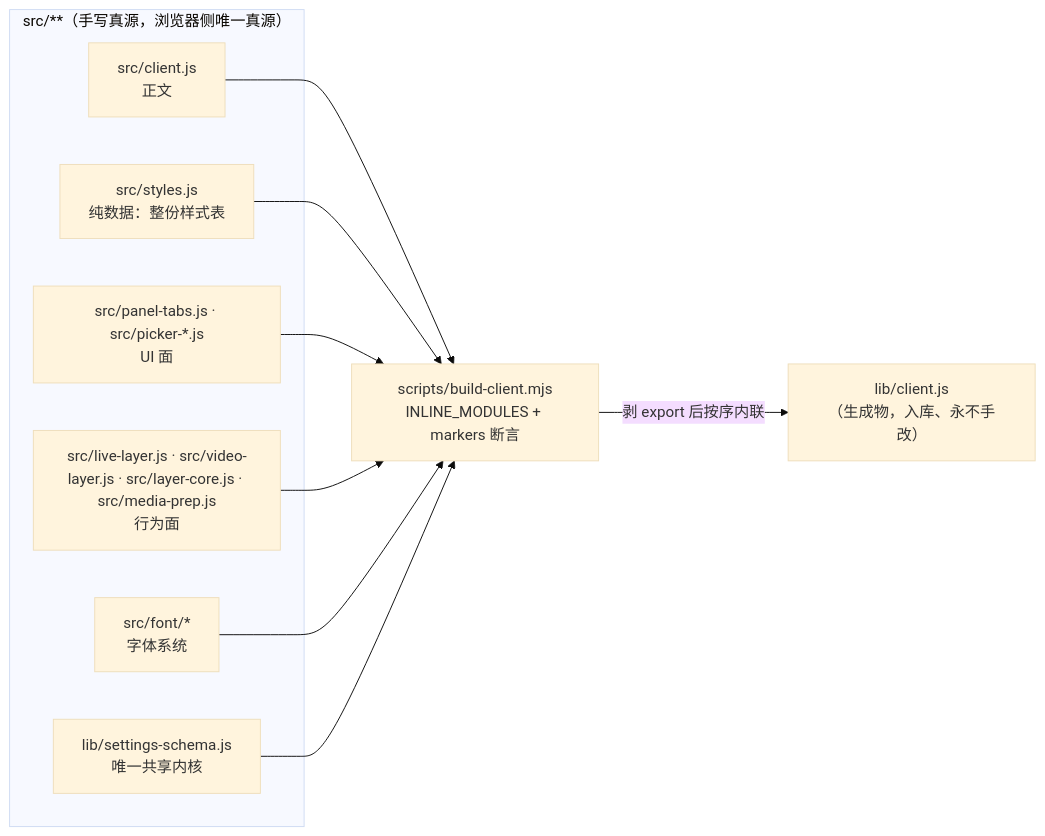
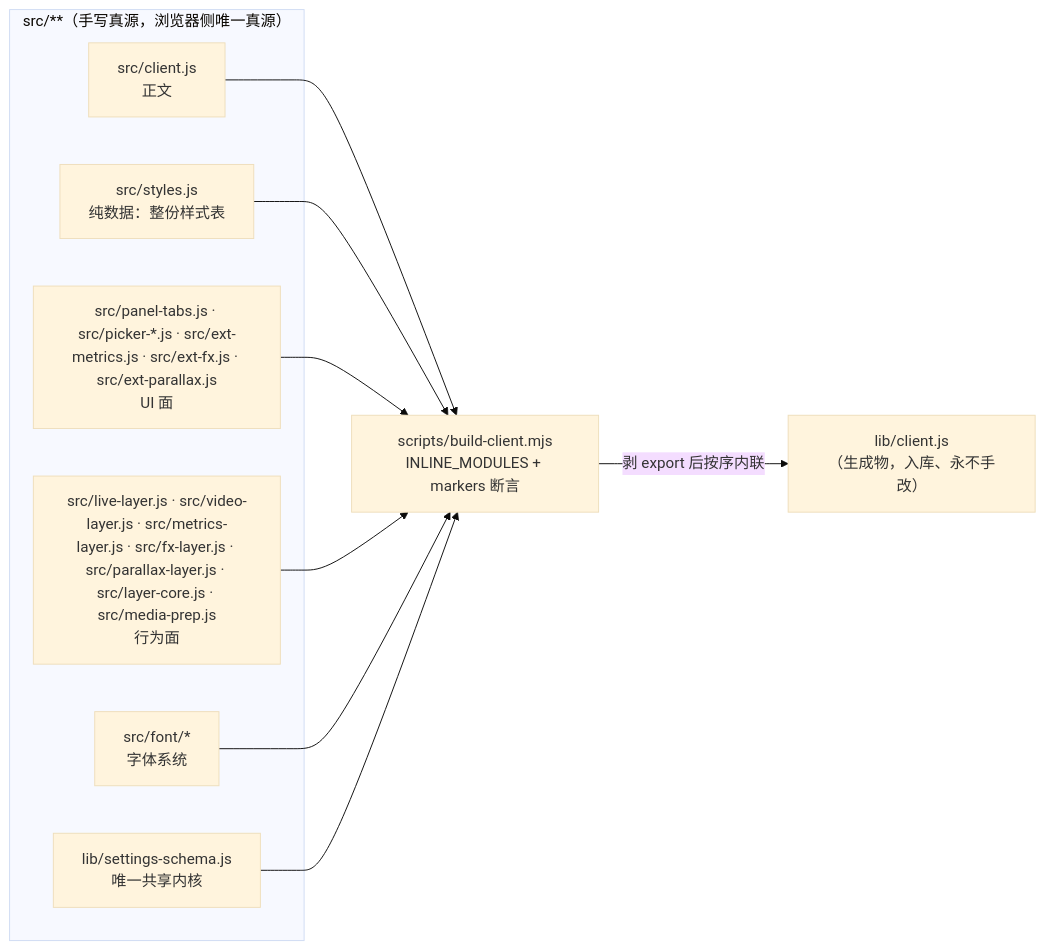
One commit to YV3507/dsh-wallpaper-engine changed the fourth of 5 diagrams in docs/CODE-STRUCTURE.md. Above: the diagram before and after it, drawn with Mermaid (base theme). The commit also changed other lines of this file and 29 other files, not shown here.

````diff
--- a/docs/CODE-STRUCTURE.md
+++ b/docs/CODE-STRUCTURE.md
@@ -169,18 +171,18 @@
 ```mermaid
 graph LR
     subgraph SRC["src/**（手写真源，浏览器侧唯一真源）"]
         C["src/client.js<br/>正文"]
         A["src/styles.js<br/>纯数据：整份样式表"]
-        B["src/panel-tabs.js · src/picker-*.js<br/>UI 面"]
-        D["src/live-layer.js · src/video-layer.js · src/layer-core.js · src/media-prep.js<br/>行为面"]
+        B["src/panel-tabs.js · src/picker-*.js · src/ext-metrics.js · src/ext-fx.js · src/ext-parallax.js<br/>UI 面"]
+        D["src/live-layer.js · src/video-layer.js · src/metrics-layer.js · src/fx-layer.js · src/parallax-layer.js · src/layer-core.js · src/media-prep.js<br/>行为面"]
         E["src/font/*<br/>字体系统"]
         F["lib/settings-schema.js<br/>唯一共享内核"]
     end
     C --> BUILD["scripts/build-client.mjs<br/>INLINE_MODULES + markers 断言"]
     A --> BUILD
     B --> BUILD
     D --> BUILD
     E --> BUILD
     F --> BUILD
     BUILD -->|剥 export 后按序内联| OUT["lib/client.js<br/>（生成物，入库、永不手改）"]
 ```
````
